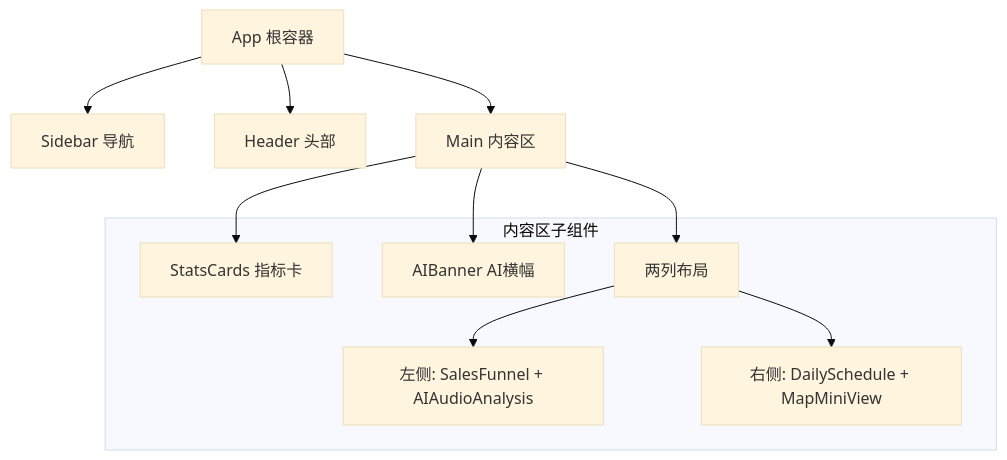
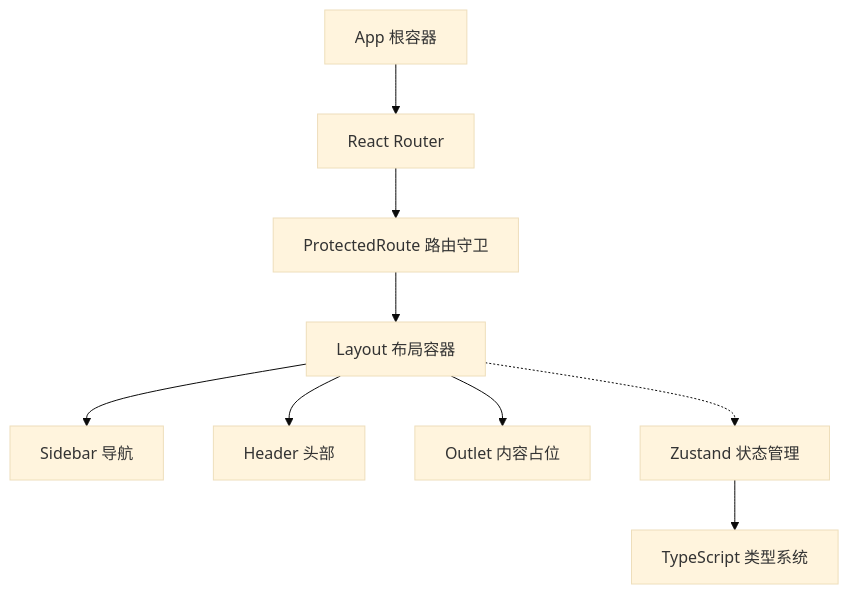
One commit to xianjianshenqu/SalesFlow-CRM changed the second of 4 diagrams in .qoder/repowiki/zh/content/架构设计/组件架构设计.md. Above: the diagram before and after it, drawn with Mermaid (base theme). The commit also changed other lines of this file and 17 other files, not shown here.

````diff
--- a/.qoder/repowiki/zh/content/架构设计/组件架构设计.md
+++ b/.qoder/repowiki/zh/content/架构设计/组件架构设计.md
@@ -120,22 +137,20 @@
 ```mermaid
 graph TB
 ROOT["App 根容器"]
+ROUTE["React Router"]
+GUARD["ProtectedRoute 路由守卫"]
+LAYOUT["Layout 布局容器"]
 S["Sidebar 导航"]
 H["Header 头部"]
-M["Main 内容区"]
-ROOT --> S
-ROOT --> H
-ROOT --> M
-subgraph "内容区子组件"
-C1["StatsCards 指标卡"]
-C2["AIBanner AI横幅"]
-G["两列布局"]
-L["左侧: SalesFunnel + AIAudioAnalysis"]
-R["右侧: DailySchedule + MapMiniView"]
-end
-M --> C1
-M --> C2
-M --> G
-G --> L
-G --> R
+O["Outlet 内容占位"]
+STORE["Zustand 状态管理"]
+TYPES["TypeScript 类型系统"]
+ROOT --> ROUTE
+ROUTE --> GUARD
+GUARD --> LAYOUT
+LAYOUT --> S
+LAYOUT --> H
+LAYOUT --> O
+LAYOUT -.-> STORE
+STORE --> TYPES
 ```
````
